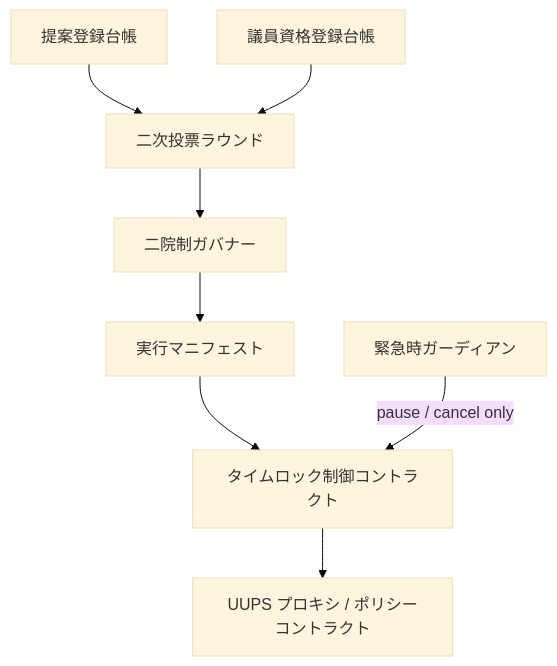
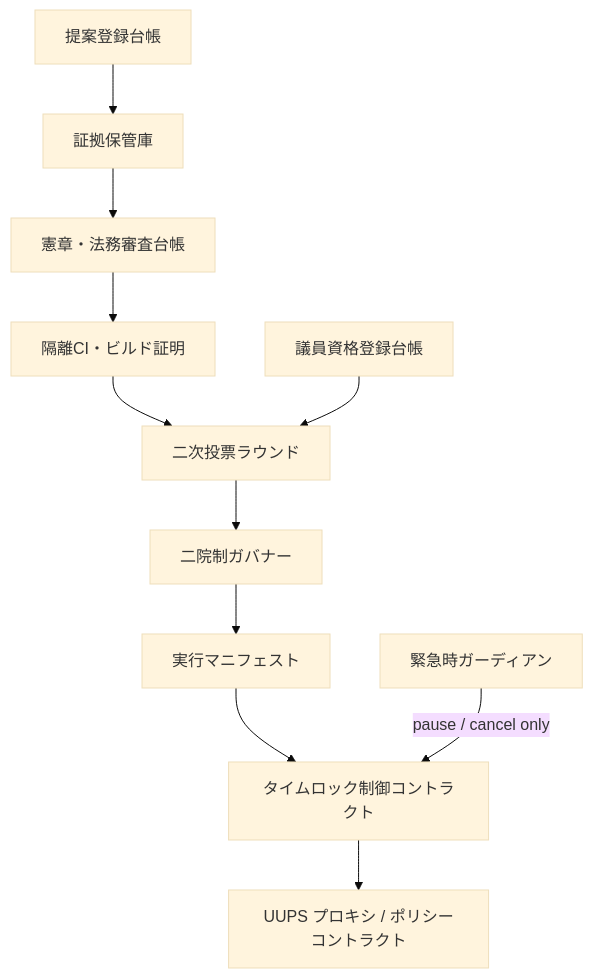
The second of 2 diagrams in docs/governance/index.md (ShigeichiroYamasaki/creator-first-platform), drawn with Mermaid (base theme) before and after one commit. The commit also changed other lines of this file and 23 other files, not shown here.

````diff
--- a/docs/governance/index.md
+++ b/docs/governance/index.md
@@ -162,17 +166,20 @@
 ```mermaid
 flowchart TD
     REG[提案登録台帳]
+    EVIDENCE[証拠保管庫]
+    PRECHECK[憲章・法務審査台帳]
+    BUILD[隔離CI・ビルド証明]
     MEMBER[議員資格登録台帳]
     QV[二次投票ラウンド]
     BICAM[二院制ガバナー]
     MANIFEST[実行マニフェスト]
     TIMELOCK[タイムロック制御コントラクト]
     PROXY[UUPS プロキシ / ポリシーコントラクト]
     GUARD[緊急時ガーディアン]
 
-    REG --> QV
+    REG --> EVIDENCE --> PRECHECK --> BUILD --> QV
     MEMBER --> QV
     QV --> BICAM
     BICAM --> MANIFEST --> TIMELOCK --> PROXY
     GUARD -->|pause / cancel only| TIMELOCK
 ```
````
